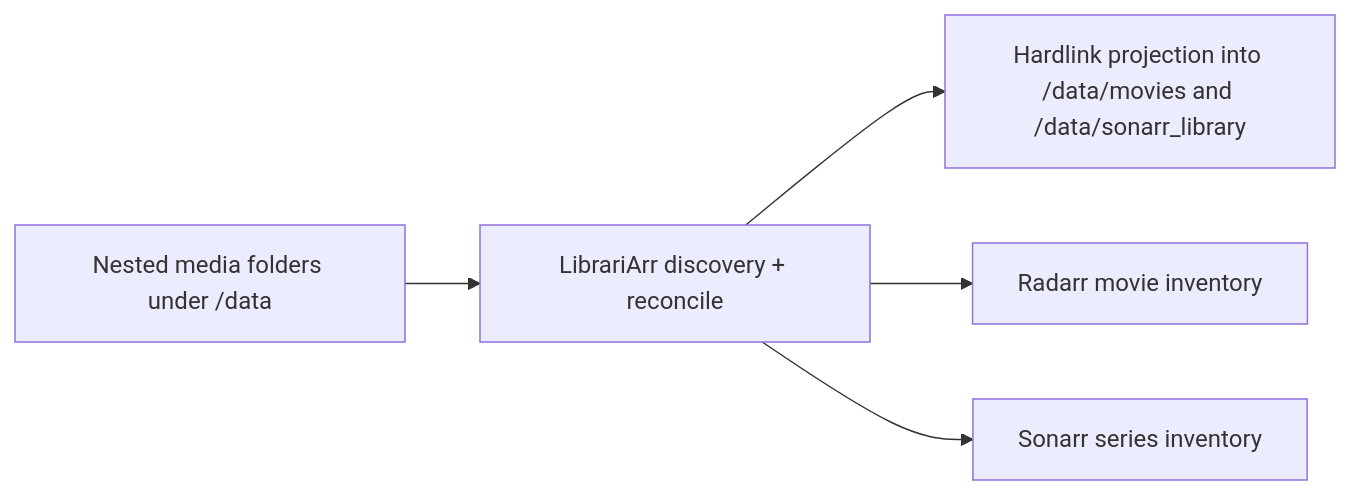
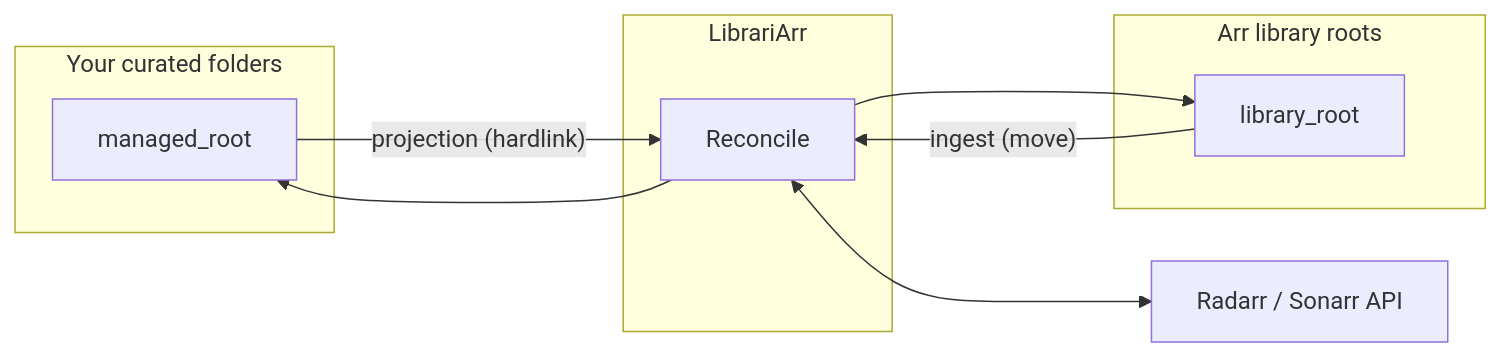
Before and after one commit to vtietz/librariarr: the diagram in README.md, drawn with Mermaid. The commit also changed other lines of this file and 6 other files, not shown here.

Commit message:
feat(dashboard): enhance dashboard components and remove TaskSlotsCard for improved clarity and performance docs: update README with detailed core features and sync architecture

````diff
--- a/README.md
+++ b/README.md
@@ -41,7 +41,17 @@
 ```mermaid
 flowchart LR
-  A[Nested media folders under /data] --> B[LibrariArr discovery + reconcile]
-  B --> C[Hardlink projection into /data/movies and /data/sonarr_library]
-  B --> D[Radarr movie inventory]
-  B --> E[Sonarr series inventory]
+  subgraph "Your curated folders"
+    A[managed_root]
+  end
+  subgraph "LibrariArr"
+    B[Reconcile]
+  end
+  subgraph "Arr library roots"
+    C[library_root]
+  end
+  A -- "projection (hardlink)" --> B
+  B --> C
+  C -- "ingest (move)" --> B
+  B --> A
+  B <--> D[Radarr / Sonarr API]
 ```
````
